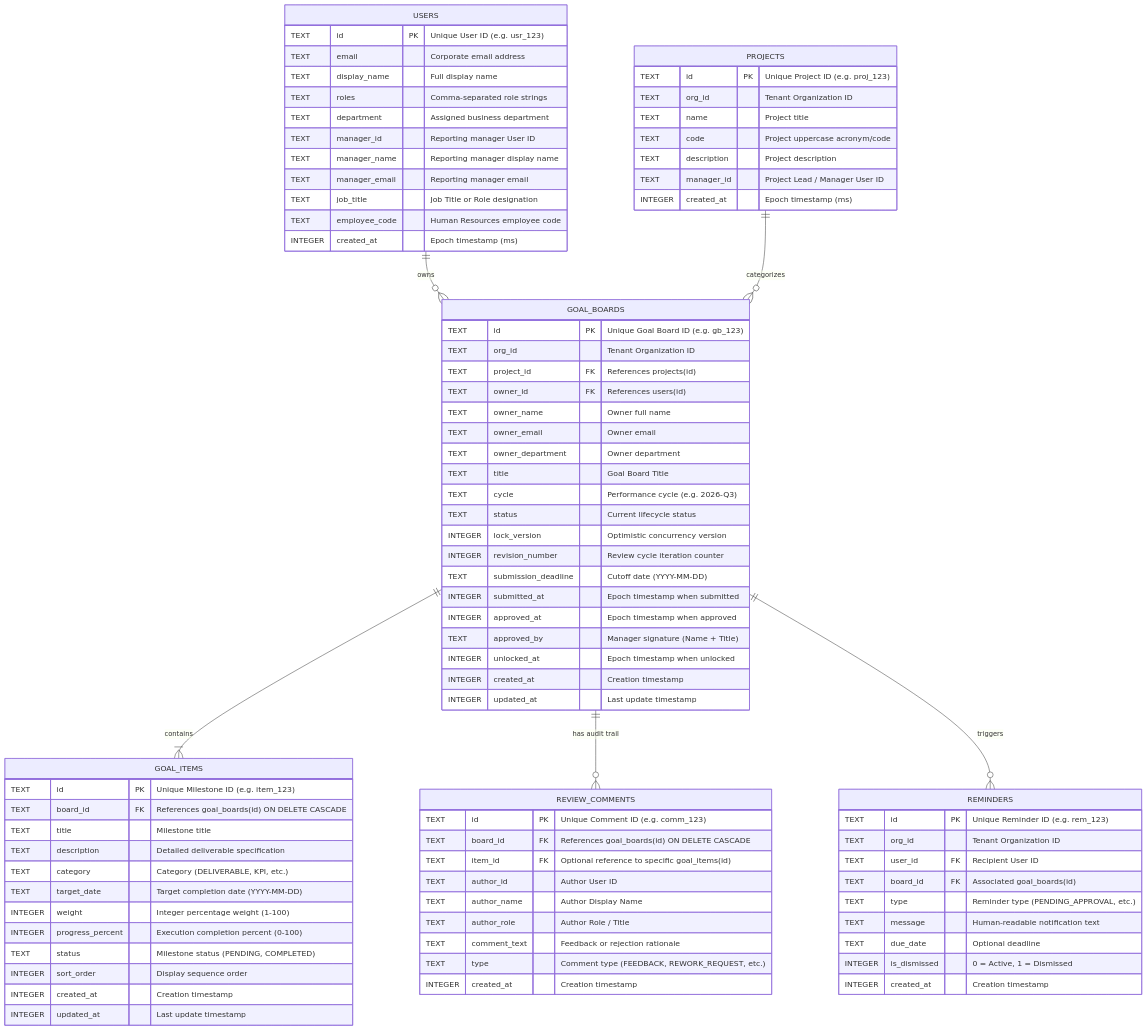
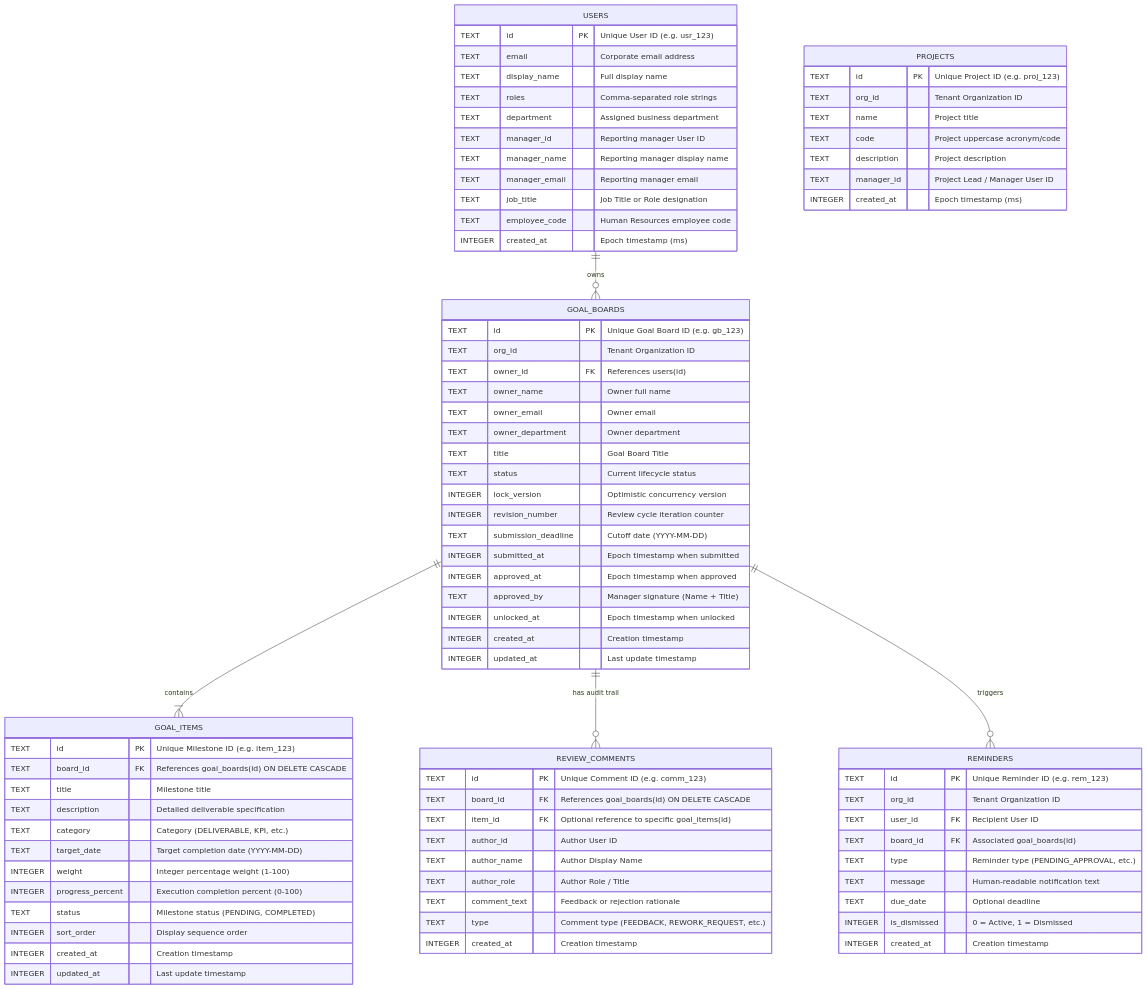
One commit to sanket-ghodake/sgforge_goals changed the first of 2 diagrams in docs/architecture/data-models-and-state-machine.md. Above: the diagram before and after it, drawn with Mermaid. The commit also changed 45 other files, not shown here.

````diff
--- a/docs/architecture/data-models-and-state-machine.md
+++ b/docs/architecture/data-models-and-state-machine.md
@@ -11,7 +11,6 @@
 ```mermaid
 erDiagram
     USERS ||--o{ GOAL_BOARDS : "owns"
-    PROJECTS ||--o{ GOAL_BOARDS : "categorizes"
     GOAL_BOARDS ||--|{ GOAL_ITEMS : "contains"
     GOAL_BOARDS ||--o{ REVIEW_COMMENTS : "has audit trail"
     GOAL_BOARDS ||--o{ REMINDERS : "triggers"
@@ -43,13 +42,11 @@
     GOAL_BOARDS {
         TEXT id PK "Unique Goal Board ID (e.g. gb_123)"
         TEXT org_id "Tenant Organization ID"
-        TEXT project_id FK "References projects(id)"
         TEXT owner_id FK "References users(id)"
         TEXT owner_name "Owner full name"
         TEXT owner_email "Owner email"
         TEXT owner_department "Owner department"
         TEXT title "Goal Board Title"
-        TEXT cycle "Performance cycle (e.g. 2026-Q3)"
         TEXT status "Current lifecycle status"
         INTEGER lock_version "Optimistic concurrency version"
         INTEGER revision_number "Review cycle iteration counter"
````
